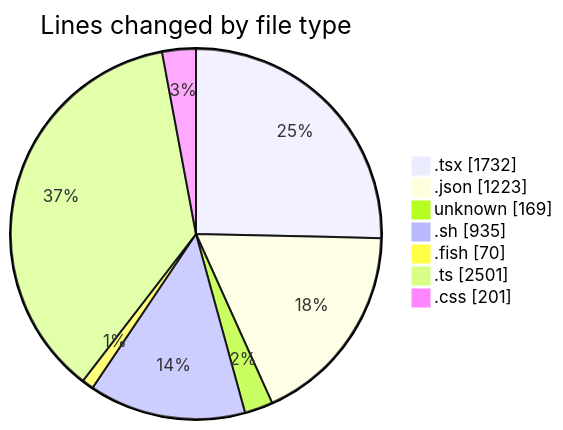
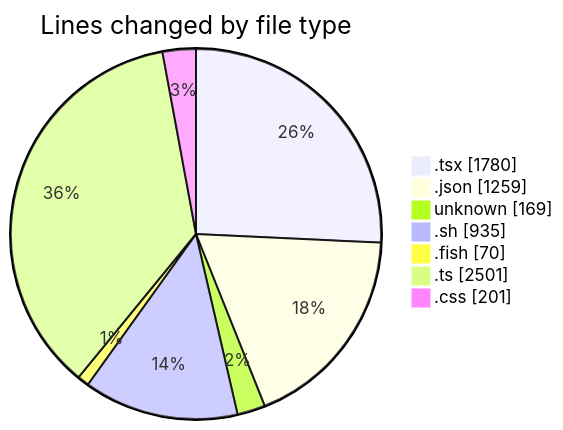
One commit to EIIisD/code-tracking changed the first of 2 diagrams in 2025-07-17/ribbon/README.md. Above: the diagram before and after it, drawn with Mermaid. The commit also changed other lines of this file and 1 other file, not shown here.

````diff
--- a/2025-07-17/ribbon/README.md
+++ b/2025-07-17/ribbon/README.md
@@ -54,11 +54,11 @@
 ```mermaid
 pie showData
 title Lines changed by file type
-".tsx" : 1732
-".json" : 1223
+".tsx" : 1780
+".json" : 1259
 "unknown" : 169
 ".sh" : 935
 ".fish" : 70
 ".ts" : 2501
 ".css" : 201
 ```
````
